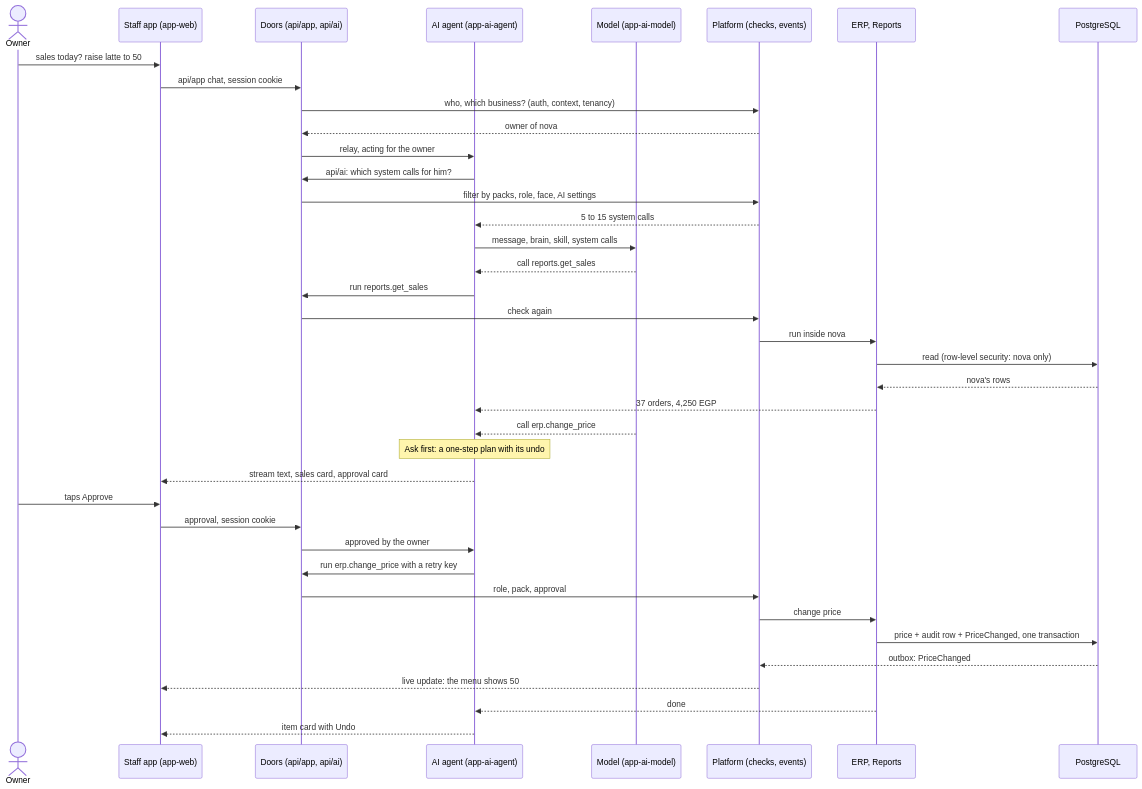
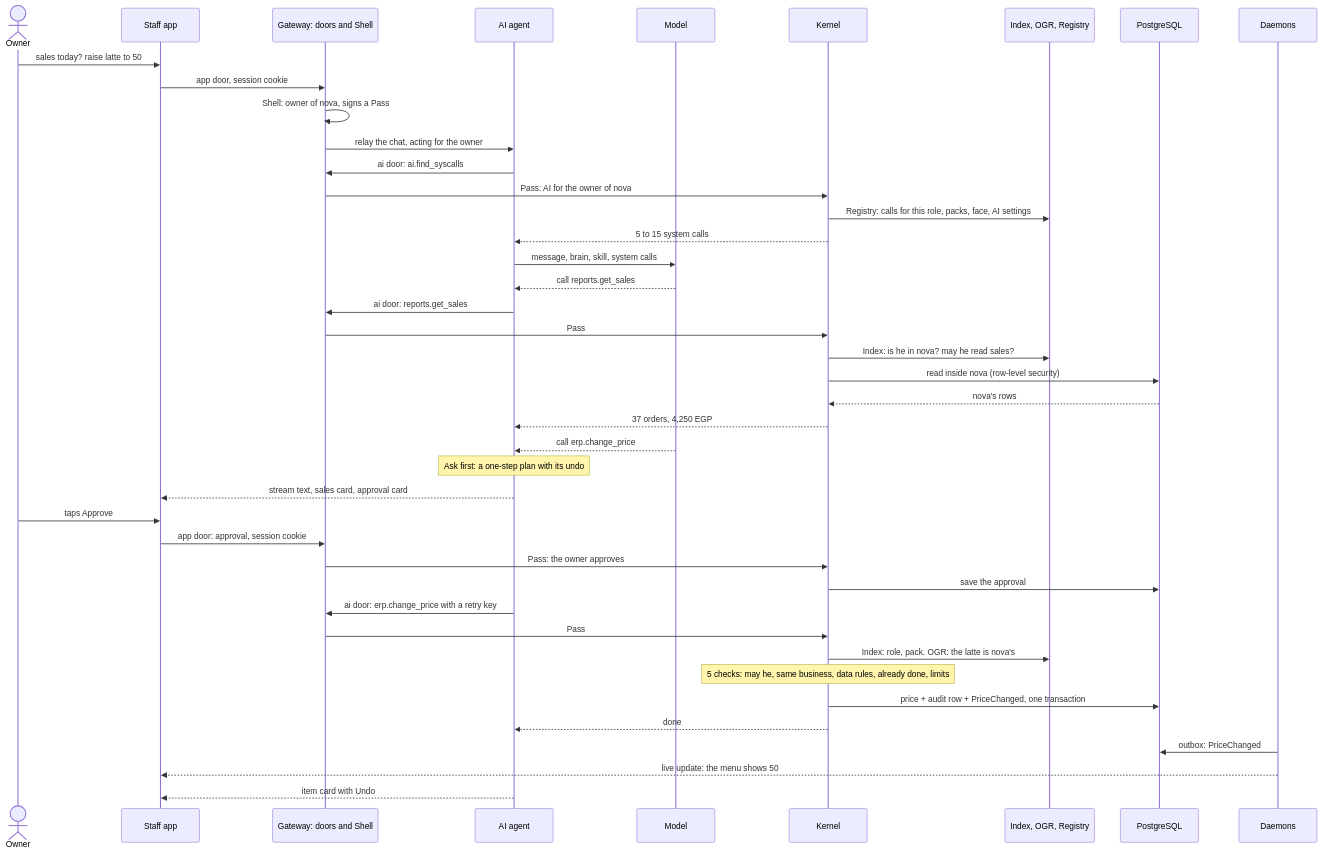
Before and after one commit to puagraduationproject/graduationproject: the fourth of 12 diagrams in technical-structure.md, drawn with Mermaid. The commit also changed other lines of this file and 1 other file, not shown here.

First line of the commit message:
Design: the backend as an operating system for a business, with its class diagram

````diff
--- a/technical-structure.md
+++ b/technical-structure.md
@@ -453,42 +556,45 @@
 ```mermaid
 sequenceDiagram
   actor A as Owner
-  participant W as Staff app (app-web)
-  participant D as Doors (api/app, api/ai)
-  participant G as AI agent (app-ai-agent)
-  participant M as Model (app-ai-model)
-  participant P as Platform (checks, events)
-  participant B as ERP, Reports
+  participant W as Staff app
+  participant S as Gateway: doors and Shell
+  participant G as AI agent
+  participant M as Model
+  participant K as Kernel
+  participant X as Index, OGR, Registry
   participant DB as PostgreSQL
+  participant D as Daemons
 
   A->>W: sales today? raise latte to 50
-  W->>D: api/app chat, session cookie
-  D->>P: who, which business? (auth, context, tenancy)
-  P-->>D: owner of nova
-  D->>G: relay, acting for the owner
-  G->>D: api/ai: which system calls for him?
-  D->>P: filter by packs, role, face, AI settings
-  P-->>G: 5 to 15 system calls
+  W->>S: app door, session cookie
+  S->>S: Shell: owner of nova, signs a Pass
+  S->>G: relay the chat, acting for the owner
+  G->>S: ai door: ai.find_syscalls
+  S->>K: Pass: AI for the owner of nova
+  K->>X: Registry: calls for this role, packs, face, AI settings
+  K-->>G: 5 to 15 system calls
   G->>M: message, brain, skill, system calls
   M-->>G: call reports.get_sales
-  G->>D: run reports.get_sales
-  D->>P: check again
-  P->>B: run inside nova
-  B->>DB: read (row-level security: nova only)
-  DB-->>B: nova's rows
-  B-->>G: 37 orders, 4,250 EGP
+  G->>S: ai door: reports.get_sales
+  S->>K: Pass
+  K->>X: Index: is he in nova? may he read sales?
+  K->>DB: read inside nova (row-level security)
+  DB-->>K: nova's rows
+  K-->>G: 37 orders, 4,250 EGP
   M-->>G: call erp.change_price
   Note over G: Ask first: a one-step plan with its undo
   G-->>W: stream text, sales card, approval card
   A->>W: taps Approve
-  W->>D: approval, session cookie
-  D->>G: approved by the owner
-  G->>D: run erp.change_price with a retry key
-  D->>P: role, pack, approval
-  P->>B: change price
-  B->>DB: price + audit row + PriceChanged, one transaction
-  DB-->>P: outbox: PriceChanged
-  P-->>W: live update: the menu shows 50
-  B-->>G: done
+  W->>S: app door: approval, session cookie
+  S->>K: Pass: the owner approves
+  K->>DB: save the approval
+  G->>S: ai door: erp.change_price with a retry key
+  S->>K: Pass
+  K->>X: Index: role, pack. OGR: the latte is nova's
+  Note over K: 5 checks: may he, same business, data rules, already done, limits
+  K->>DB: price + audit row + PriceChanged, one transaction
+  K-->>G: done
+  D->>DB: outbox: PriceChanged
+  D-->>W: live update: the menu shows 50
   G-->>W: item card with Undo
 ```
````
